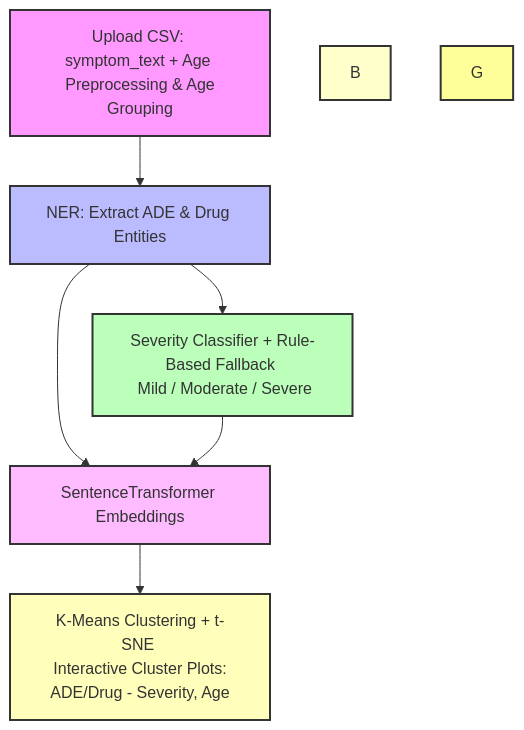
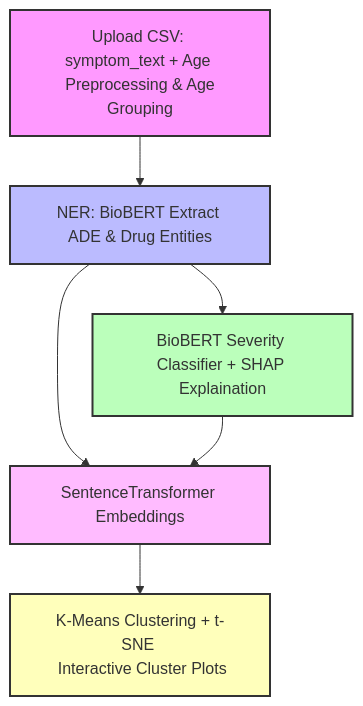
Before and after one commit to Sugiuma/ADEGuard: the fourth of 4 diagrams in README.md, drawn with Mermaid.

````diff
--- a/README.md
+++ b/README.md
@@ -224,22 +224,22 @@
 ```mermaid
 flowchart TD
     A[Upload CSV: symptom_text + Age <br> Preprocessing & Age Grouping]
 
-    A --> C[NER: Extract ADE & Drug Entities]
+    A --> C[NER: BioBERT Extract ADE & Drug Entities]
 
-    C --> D[Severity Classifier + Rule-Based Fallback <br> Mild / Moderate / Severe ]
+    C --> D[BioBERT Severity Classifier + SHAP Explaination]
 
     C --> E[SentenceTransformer Embeddings]
     D --> E
 
-    E --> F[K-Means Clustering + t-SNE <br> Interactive Cluster Plots: ADE/Drug - Severity, Age]
+    E --> F[K-Means Clustering + t-SNE <br> Interactive Cluster Plots]
    
 
     style A fill:#f9f,stroke:#333,stroke-width:2px
-    style B fill:#ffc,stroke:#333,stroke-width:2px
+ 
     style C fill:#bbf,stroke:#333,stroke-width:2px
     style D fill:#bfb,stroke:#333,stroke-width:2px
     style E fill:#fbf,stroke:#333,stroke-width:2px
     style F fill:#ffb,stroke:#333,stroke-width:2px
-    style G fill:#ff9,stroke:#333,stroke-width:2px
+    
 ```
````
